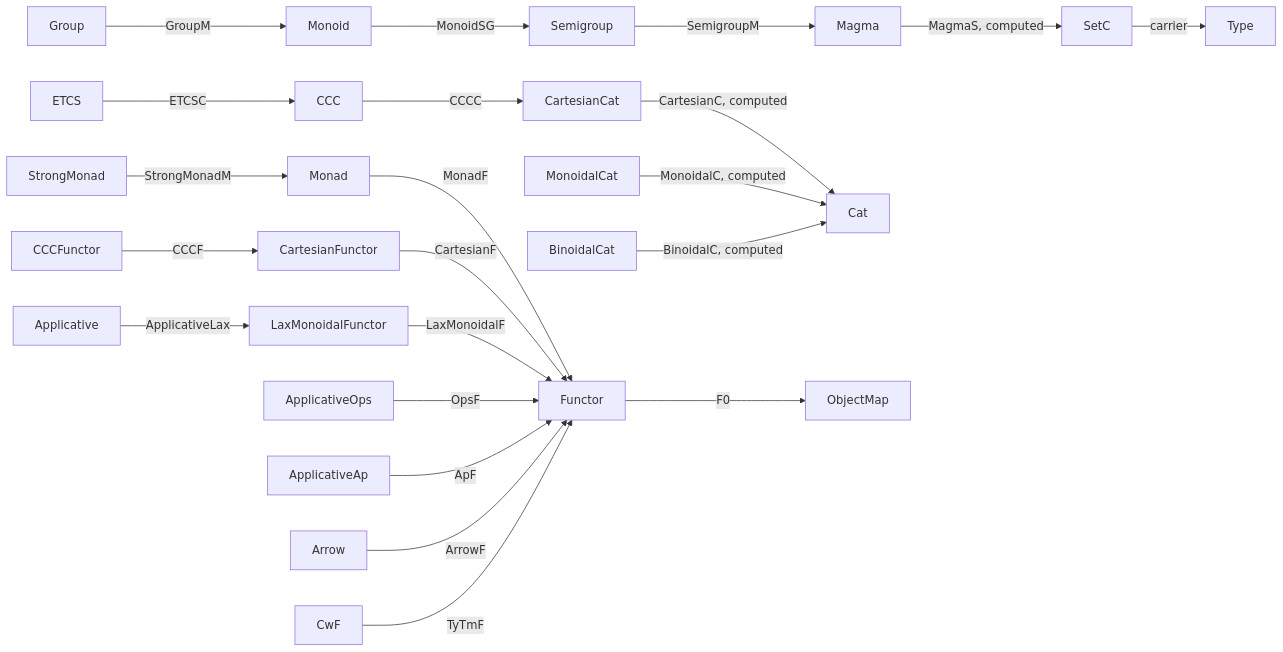
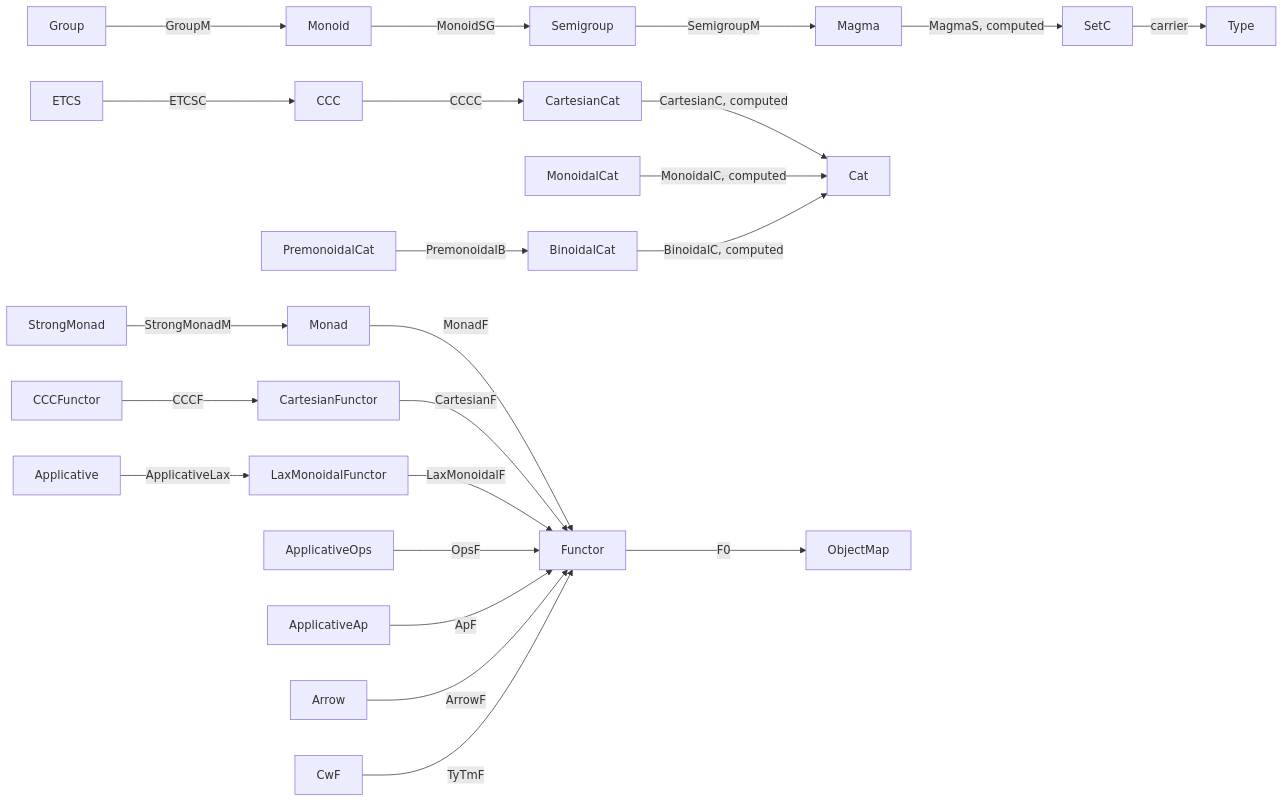
The diagram in docs/BundledInterfaces.md (Godalin/rocq-cats), drawn with Mermaid before and after one commit. The commit also changed other lines of this file and 9 other files, not shown here.

````diff
--- a/docs/BundledInterfaces.md
+++ b/docs/BundledInterfaces.md
@@ -684,24 +685,25 @@
 ```mermaid
 flowchart LR
   Group -->|GroupM| Monoid
   Monoid -->|MonoidSG| Semigroup
   Semigroup -->|SemigroupM| Magma
   Magma -->|MagmaS, computed| SetC
   SetC -->|carrier| Type
   ETCS -->|ETCSC| CCC
   CCC -->|CCCC| CartesianCat
   CartesianCat -->|CartesianC, computed| Cat
   MonoidalCat -->|MonoidalC, computed| Cat
+  PremonoidalCat -->|PremonoidalB| BinoidalCat
   BinoidalCat -->|BinoidalC, computed| Cat
   StrongMonad -->|StrongMonadM| Monad
   Monad -->|MonadF| Functor
   CCCFunctor -->|CCCF| CartesianFunctor
   CartesianFunctor -->|CartesianF| Functor
   Applicative -->|ApplicativeLax| LaxMonoidalFunctor
   LaxMonoidalFunctor -->|LaxMonoidalF| Functor
   ApplicativeOps -->|OpsF| Functor
   ApplicativeAp -->|ApF| Functor
   Arrow -->|ArrowF| Functor
   CwF -->|TyTmF| Functor
   Functor -->|F0| ObjectMap
 ```
````
